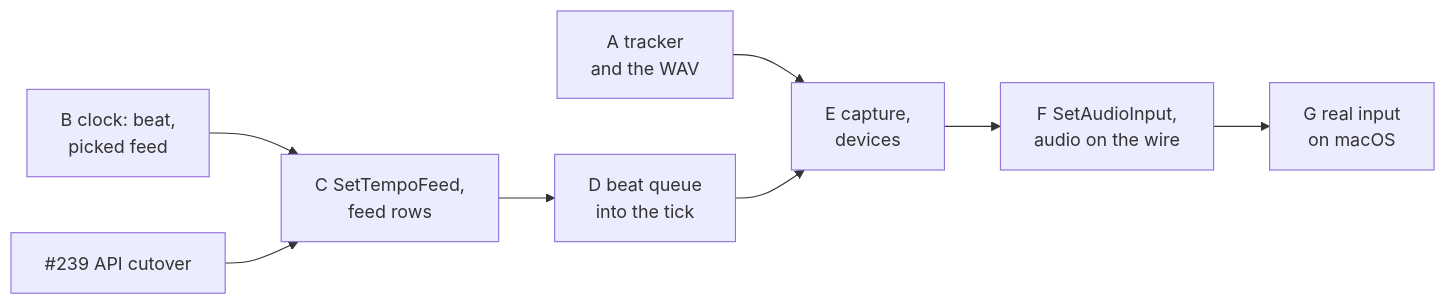
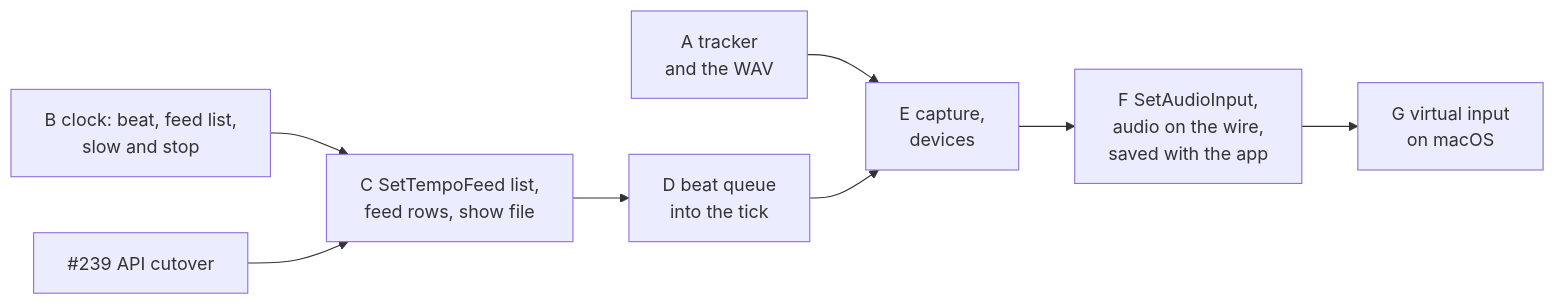
Before and after one commit to abossard/bossylights: the ninth of 9 diagrams in docs/design/tempo-feeds.md, drawn with Mermaid. The commit also changed other lines of this file, not shown here.

````diff
--- a/docs/design/tempo-feeds.md
+++ b/docs/design/tempo-feeds.md
@@ -399,6 +471,6 @@
 ```mermaid
 flowchart LR
   A["A tracker<br/>and the WAV"] --> E
-  B["B clock: beat,<br/>picked feed"] --> C["C SetTempoFeed,<br/>feed rows"] --> D["D beat queue<br/>into the tick"] --> E["E capture,<br/>devices"] --> F["F SetAudioInput,<br/>audio on the wire"] --> G["G real input<br/>on macOS"]
+  B["B clock: beat, feed list,<br/>slow and stop"] --> C["C SetTempoFeed list,<br/>feed rows, show file"] --> D["D beat queue<br/>into the tick"] --> E["E capture,<br/>devices"] --> F["F SetAudioInput,<br/>audio on the wire,<br/>saved with the app"] --> G["G virtual input<br/>on macOS"]
   R["#239 API cutover"] --> C
 ```
````
